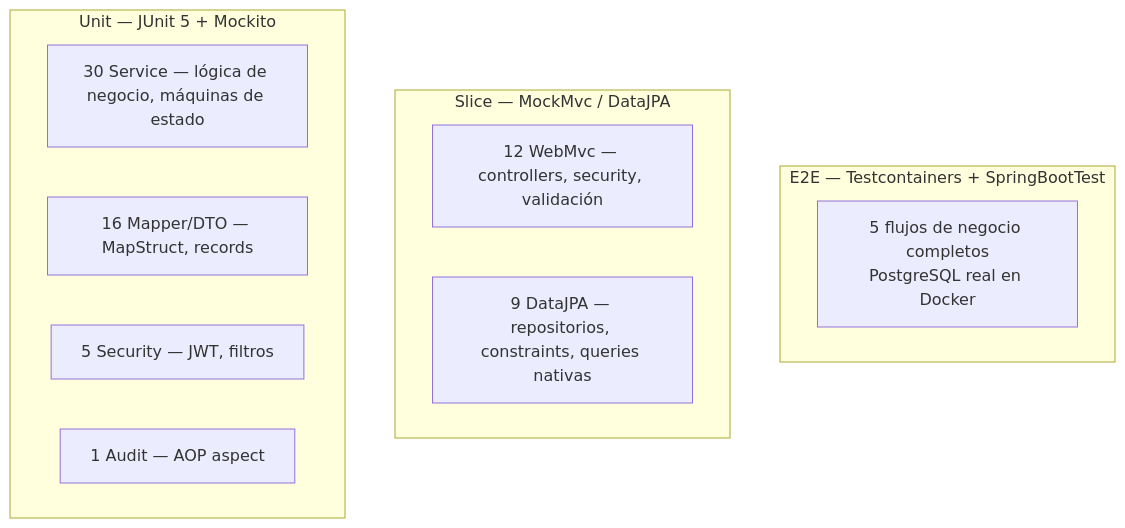
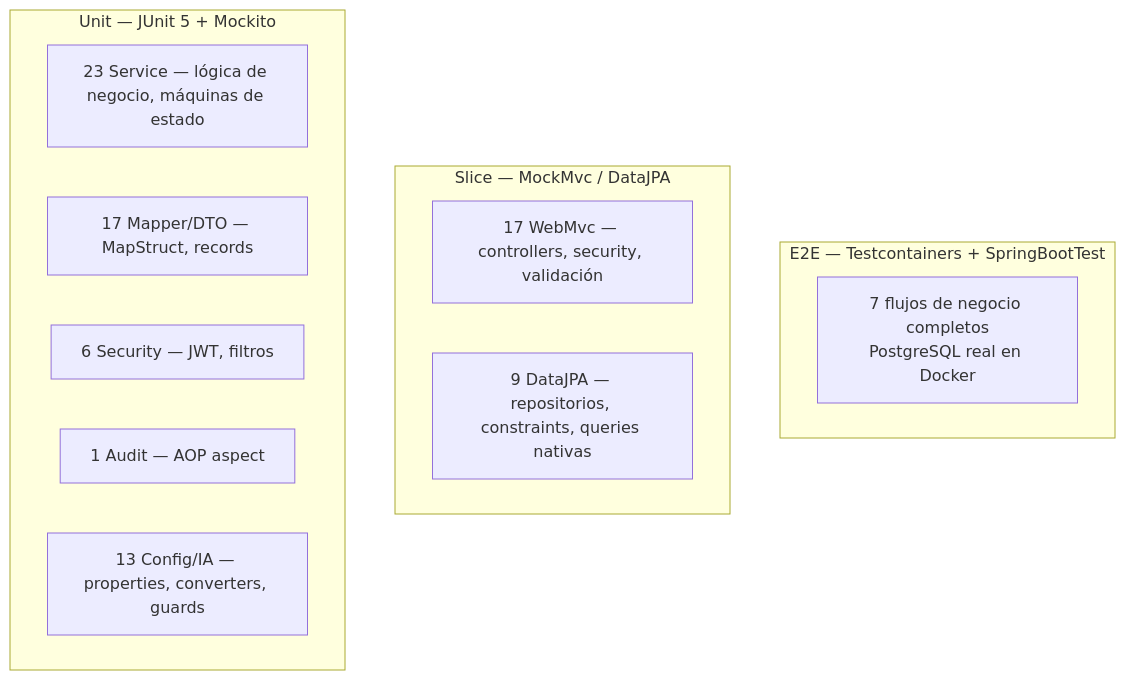
One commit to FepDev25/sistema-facturacion-medica-springboot-react-postgresql changed the tenth of 10 diagrams in DIAGRAMAS.md. Above: the diagram before and after it, drawn with Mermaid. The commit also changed other lines of this file and 387 other files, not shown here.

````diff
--- a/DIAGRAMAS.md
+++ b/DIAGRAMAS.md
@@ -220,16 +223,17 @@
 ```mermaid
 graph TB
     subgraph "E2E — Testcontainers + SpringBootTest"
-        E2E["5 flujos de negocio completos<br/>PostgreSQL real en Docker"]
+        E2E["7 flujos de negocio completos<br/>PostgreSQL real en Docker"]
     end
     subgraph "Slice — MockMvc / DataJPA"
-        WEB["12 WebMvc — controllers, security, validación"]
+        WEB["17 WebMvc — controllers, security, validación"]
         JPA["9 DataJPA — repositorios, constraints, queries nativas"]
     end
     subgraph "Unit — JUnit 5 + Mockito"
-        SVC["30 Service — lógica de negocio, máquinas de estado"]
-        MAP["16 Mapper/DTO — MapStruct, records"]
-        SEC["5 Security — JWT, filtros"]
+        SVC["23 Service — lógica de negocio, máquinas de estado"]
+        MAP["17 Mapper/DTO — MapStruct, records"]
+        SEC["6 Security — JWT, filtros"]
         AUD["1 Audit — AOP aspect"]
+        OTH["13 Config/IA — properties, converters, guards"]
     end
 ```
````
